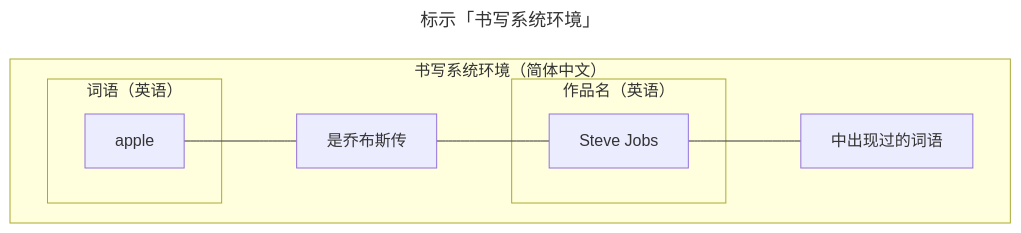
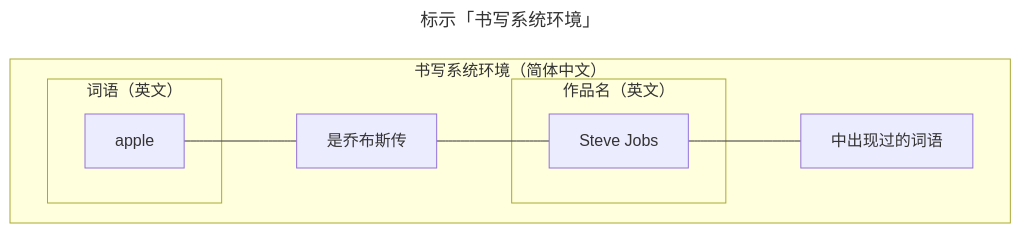
One commit to saveweb/general-writing-laws changed the third of 4 diagrams in README.md. Above: the diagram before and after it, drawn with Mermaid. The commit also changed other lines of this file, not shown here.

````diff
--- a/README.md
+++ b/README.md
@@ -203,24 +206,24 @@
     ```mermaid
     ---
     title: "标示「书写系统环境」"
     ---
     flowchart TD
 
         %% apple 是乔布斯传 _Steve Jobs_ 中出现过的词语。
 
         1A["apple"]
         1B["是乔布斯传"]
         1C["Steve Jobs"]
         1D["中出现过的词语"]
 
         subgraph Sub_A["书写系统环境（简体中文）"]
             direction LR
-                subgraph Sub_E["作品名（英语）"]
+                subgraph Sub_E["作品名（英文）"]
                     1C
                 end
-                subgraph Sub_F["词语（英语）"]
+                subgraph Sub_F["词语（英文）"]
                     1A
                 end
             1A --- 1B --- 1C --- 1D
         end
     ```
````
